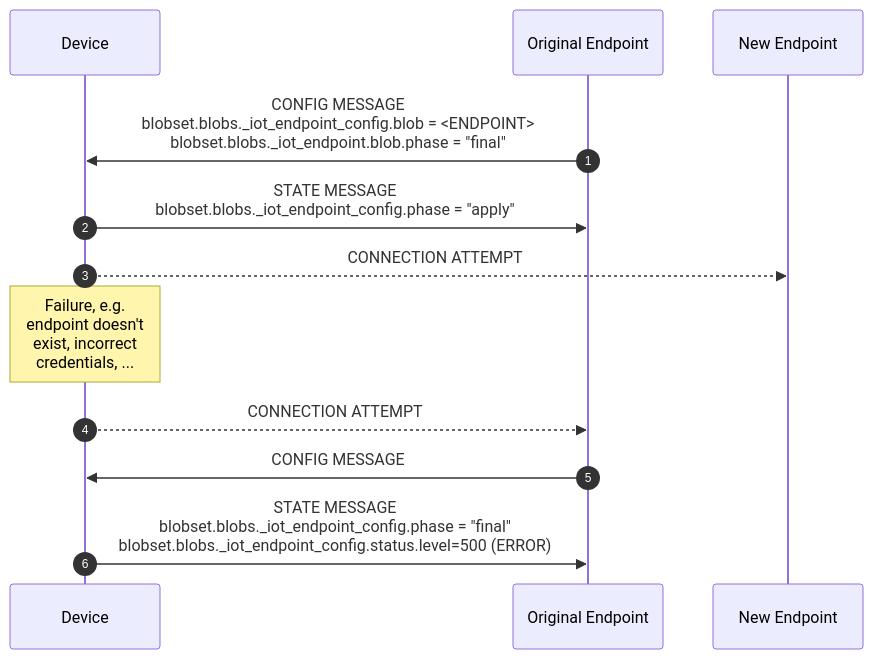
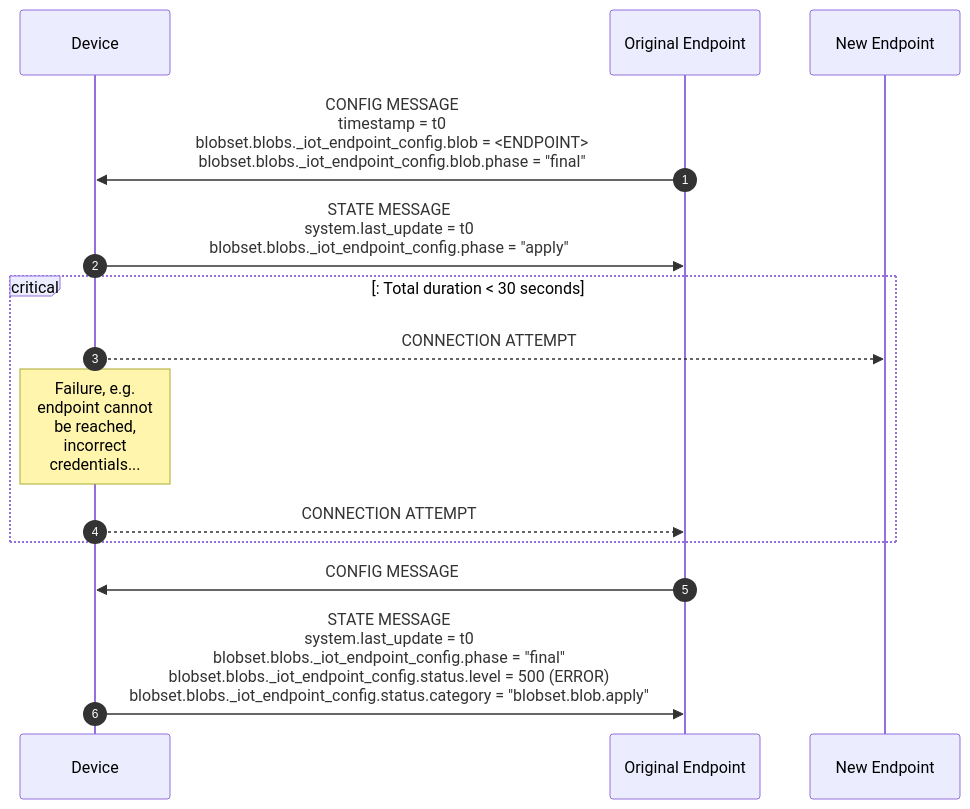
One commit to faucetsdn/udmi changed the second of 2 diagrams in docs/specs/sequences/endpoint_reconfiguration.md. Above: the diagram before and after it, drawn with Mermaid. The commit also changed other lines of this file and 2 other files, not shown here.

````diff
--- a/docs/specs/sequences/endpoint_reconfiguration.md
+++ b/docs/specs/sequences/endpoint_reconfiguration.md
@@ -34,16 +40,18 @@
 ```mermaid
 %%{wrap}%%
 sequenceDiagram
     autonumber
     participant D as Device
     participant E as Original Endpoint
     participant E' as New Endpoint
-    E->>D:CONFIG MESSAGE<br>blobset.blobs._iot_endpoint_config.blob = <ENDPOINT><br>blobset.blobs._iot_endpoint.blob.phase = "final"
-    D->>E:STATE MESSAGE<BR>blobset.blobs._iot_endpoint_config.phase = "apply"
+    E->>D:CONFIG MESSAGE<br/>timestamp = t0<br/>blobset.blobs._iot_endpoint_config.blob = <ENDPOINT><br>blobset.blobs._iot_endpoint_config.blob.phase = "final"
+    D->>E:STATE MESSAGE<br/>system.last_update = t0<br/>blobset.blobs._iot_endpoint_config.phase = "apply"
+    critical: Total duration < 30 seconds
     D-->>E':CONNECTION ATTEMPT
-    note over D: Failure, e.g. endpoint doesn't exist, incorrect credentials, ...
-    D-->>E:CONNECTION ATTEMPT
+    note over D: Failure, e.g. endpoint cannot be reached, incorrect credentials...
+    D-->>E:CONNECTION ATTEMPT 
+    end
     E->>D:CONFIG MESSAGE
-    D->>E:STATE MESSAGE<BR>blobset.blobs._iot_endpoint_config.phase = "final"<BR/>blobset.blobs._iot_endpoint_config.status.level=500 (ERROR) 
+    D->>E:STATE MESSAGE<br/>system.last_update = t0 <br/>blobset.blobs._iot_endpoint_config.phase = "final"<br/>blobset.blobs._iot_endpoint_config.status.level = 500 (ERROR)<br/>blobset.blobs._iot_endpoint_config.status.category = "blobset.blob.apply"
 
 ```
````
